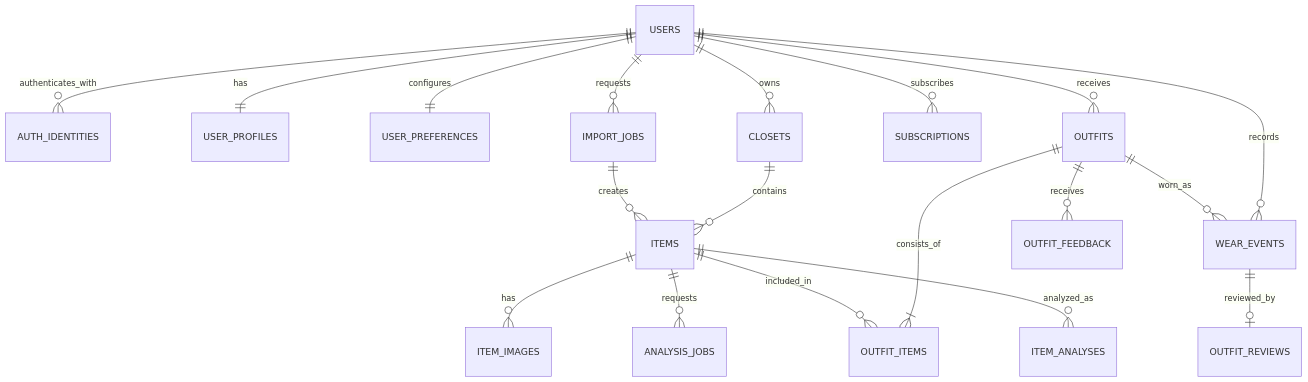
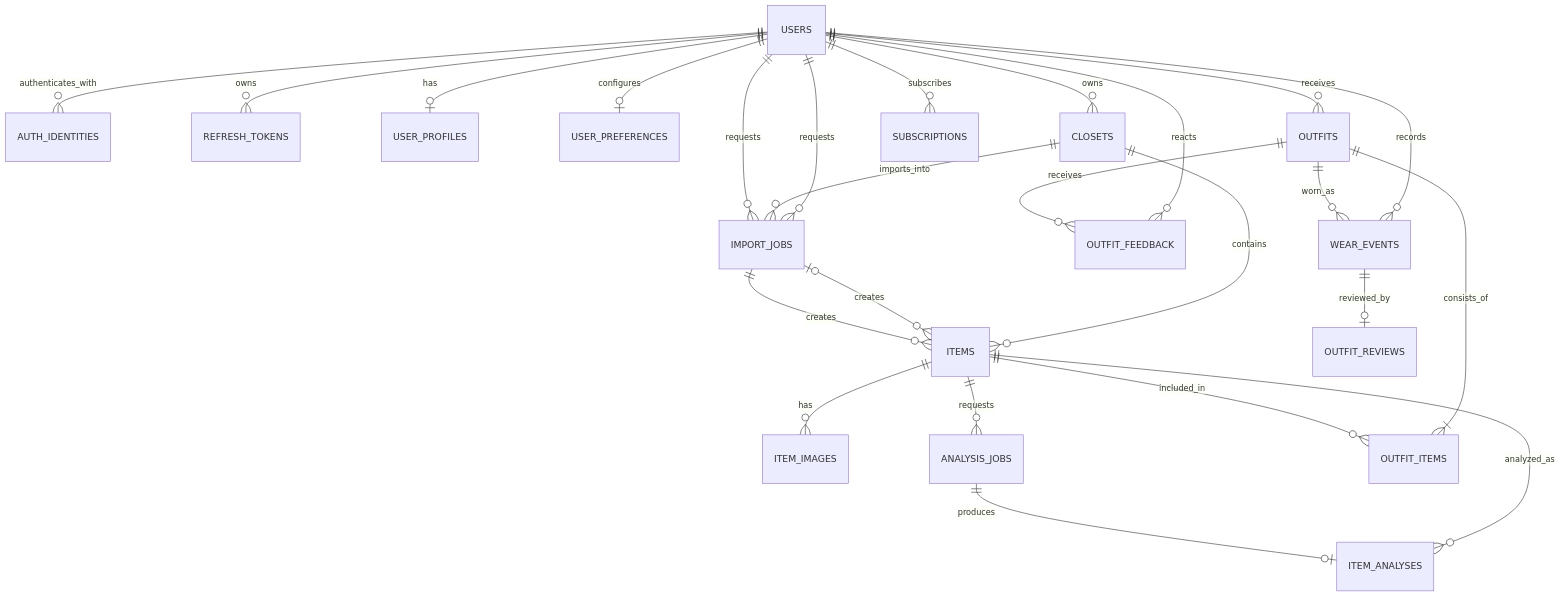
One commit to Just-Exit/cloth-vision-api changed the first of 3 diagrams in WIREFRAME_BACKEND_GAP_ANALYSIS.md. Above: the diagram before and after it, drawn with Mermaid. The commit also changed other lines of this file and 6 other files, not shown here.

Commit message:
docs(db): align roadmap and schema diagrams

````diff
--- a/WIREFRAME_BACKEND_GAP_ANALYSIS.md
+++ b/WIREFRAME_BACKEND_GAP_ANALYSIS.md
@@ -55,24 +59,30 @@
 ```mermaid
 erDiagram
     USERS ||--o{ AUTH_IDENTITIES : authenticates_with
-    USERS ||--|| USER_PROFILES : has
-    USERS ||--|| USER_PREFERENCES : configures
+    USERS ||--o{ REFRESH_TOKENS : owns
+    USERS ||--o| USER_PROFILES : has
+    USERS ||--o| USER_PREFERENCES : configures
     USERS ||--o{ CLOSETS : owns
+    USERS ||--o{ IMPORT_JOBS : requests
     USERS ||--o{ OUTFITS : receives
+    USERS ||--o{ OUTFIT_FEEDBACK : reacts
     USERS ||--o{ WEAR_EVENTS : records
     USERS ||--o{ SUBSCRIPTIONS : subscribes
 
     CLOSETS ||--o{ ITEMS : contains
+    CLOSETS ||--o{ IMPORT_JOBS : imports_into
+    IMPORT_JOBS o|--o{ ITEMS : creates
     ITEMS ||--o{ ITEM_IMAGES : has
     ITEMS ||--o{ ANALYSIS_JOBS : requests
     ITEMS ||--o{ ITEM_ANALYSES : analyzed_as
+    ANALYSIS_JOBS ||--o| ITEM_ANALYSES : produces
 
     OUTFITS ||--|{ OUTFIT_ITEMS : consists_of
     ITEMS ||--o{ OUTFIT_ITEMS : included_in
     OUTFITS ||--o{ OUTFIT_FEEDBACK : receives
     OUTFITS ||--o{ WEAR_EVENTS : worn_as
     WEAR_EVENTS ||--o| OUTFIT_REVIEWS : reviewed_by
 
     USERS ||--o{ IMPORT_JOBS : requests
     IMPORT_JOBS ||--o{ ITEMS : creates
 ```
````
